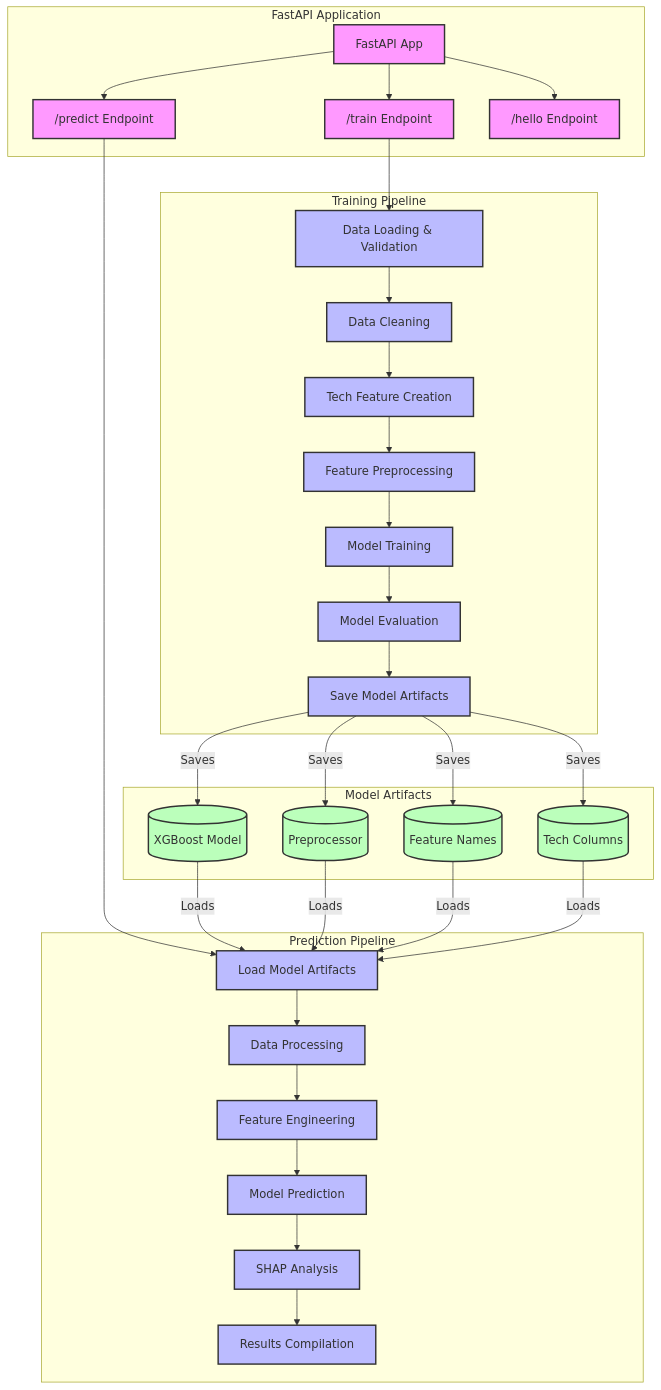
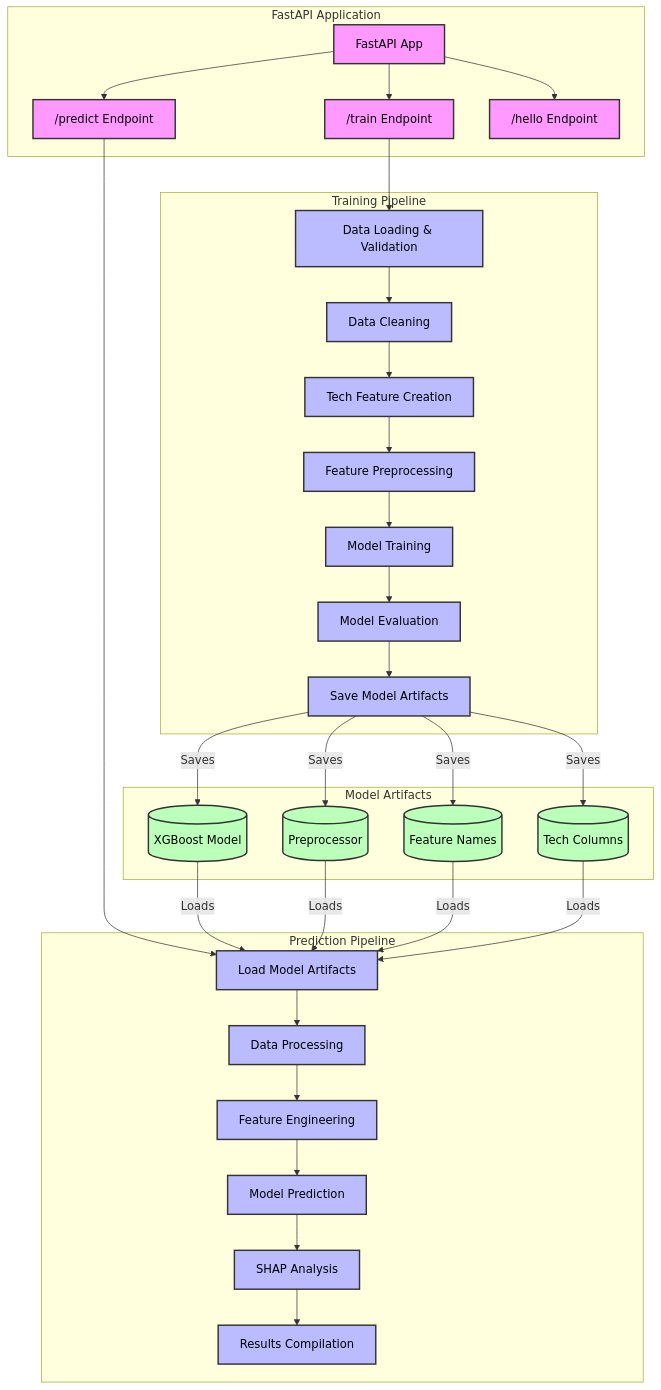
The diagram in lookalike_architecture.md (jenishIC/documents), drawn with Mermaid before and after one commit.

````diff
--- a/lookalike_architecture.md
+++ b/lookalike_architecture.md
@@ -5,47 +5,47 @@
 ```mermaid
 graph TD
     subgraph "FastAPI Application"
         A[FastAPI App] --> B["/train Endpoint"]
         A --> C["/predict Endpoint"]
         A --> D["/hello Endpoint"]
     end
 
     subgraph "Training Pipeline"
         B --> E[Data Loading & Validation]
         E --> F[Data Cleaning]
         F --> G[Tech Feature Creation]
         G --> H[Feature Preprocessing]
         H --> I[Model Training]
         I --> J[Model Evaluation]
         J --> K[Save Model Artifacts]
     end
 
     subgraph "Prediction Pipeline"
         C --> L[Load Model Artifacts]
         L --> M[Data Processing]
         M --> N[Feature Engineering]
         N --> O[Model Prediction]
         O --> P[SHAP Analysis]
         P --> Q[Results Compilation]
     end
 
     subgraph "Model Artifacts"
         K --> |Saves| R[(XGBoost Model)]
         K --> |Saves| S[(Preprocessor)]
         K --> |Saves| T[(Feature Names)]
         K --> |Saves| U[(Tech Columns)]
         
         R --> |Loads| L
         S --> |Loads| L
         T --> |Loads| L
         U --> |Loads| L
     end
 
-    classDef endpoint fill:#f9f,stroke:#333,stroke-width:2px
-    classDef process fill:#bbf,stroke:#333,stroke-width:2px
-    classDef storage fill:#bfb,stroke:#333,stroke-width:2px
+    classDef endpoint fill:#f9f,stroke:#333,stroke-width:2px,color:#000
+    classDef process fill:#bbf,stroke:#333,stroke-width:2px,color:#000
+    classDef storage fill:#bfb,stroke:#333,stroke-width:2px,color:#000
     
     class A,B,C,D endpoint
     class E,F,G,H,I,J,K,L,M,N,O,P,Q process
     class R,S,T,U storage
 ```
````
